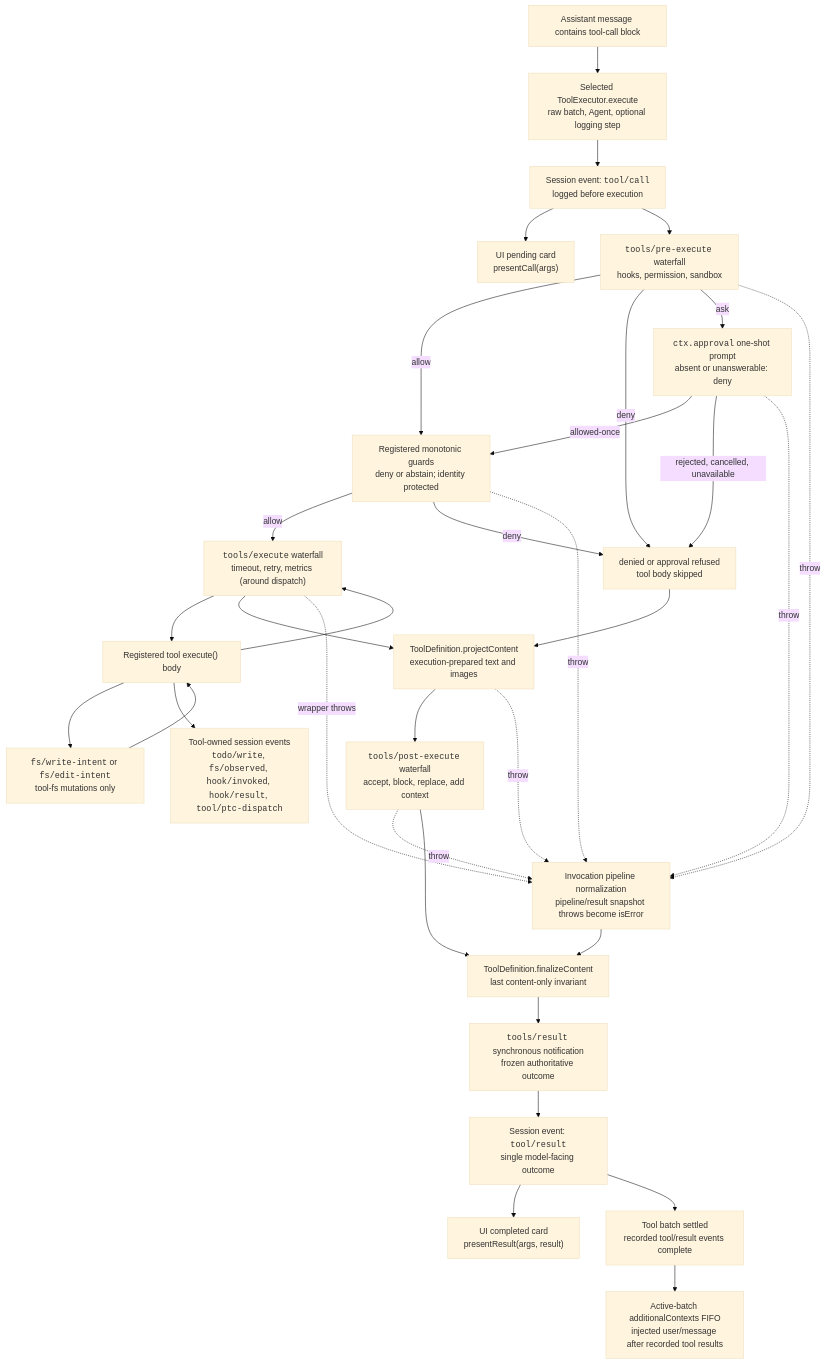
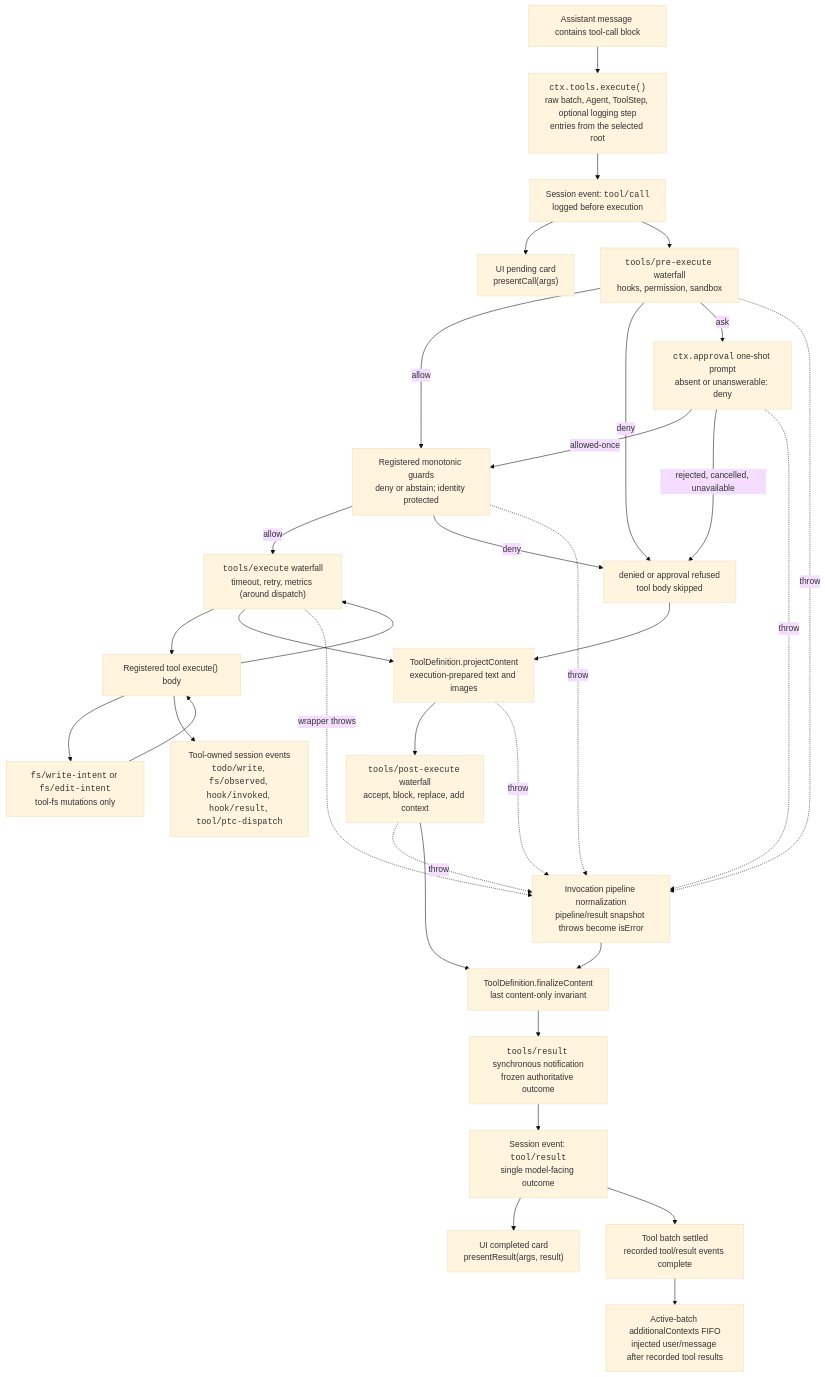
The diagram in docs/tool-execution-pipeline.md (deepseek-ai/deepseek-harness), drawn with Mermaid (base theme) before and after one commit. The commit also changed other lines of this file and 760 other files, not shown here.

````diff
--- a/docs/tool-execution-pipeline.md
+++ b/docs/tool-execution-pipeline.md
@@ -8,55 +8,55 @@
 ```mermaid
 flowchart TD
   model["Assistant message contains tool-call block"]
   toolCall["Session event: <code>tool/call</code><br/>logged before execution"]
   presentCall["UI pending card<br/>presentCall(args)"]
   pre["<code>tools/pre-execute</code> waterfall<br/>hooks, permission, sandbox"]
   guards["Registered monotonic guards<br/>deny or abstain; identity protected"]
   denied["denied or approval refused<br/>tool body skipped"]
   approval["<code>ctx.approval</code> one-shot prompt<br/>absent or unanswerable: deny"]
   around["<code>tools/execute</code> waterfall<br/>timeout, retry, metrics (around dispatch)"]
   toolBody["Registered tool execute() body"]
   fsGate["<code>fs/write-intent</code> or <code>fs/edit-intent</code><br/>tool-fs mutations only"]
   owned["Tool-owned session events<br/><code>todo/write</code>, <code>fs/observed</code>, <code>hook/invoked</code>, <code>hook/result</code>, <code>tool/ptc-dispatch</code>"]
   project["ToolDefinition.projectContent<br/>execution-prepared text and images"]
   post["<code>tools/post-execute</code> waterfall<br/>accept, block, replace, add context"]
   normalized["Invocation pipeline normalization<br/>pipeline/result snapshot throws become isError"]
   finalize["ToolDefinition.finalizeContent<br/>last content-only invariant"]
   final["<code>tools/result</code> synchronous notification<br/>frozen authoritative outcome"]
   context["Active-batch additionalContexts FIFO<br/>injected user/message after recorded tool results"]
   toolResult["Session event: <code>tool/result</code><br/>single model-facing outcome"]
   allResults["Tool batch settled<br/>recorded tool/result events complete"]
   presentResult["UI completed card<br/>presentResult(args, result)"]
-  executor["Selected ToolExecutor.execute<br/>raw batch, Agent, optional logging step"]
+  executor["<code>ctx.tools.execute()</code><br/>raw batch, Agent, ToolStep, optional logging step<br/>entries from the selected root"]
   model --> executor --> toolCall
   toolCall --> presentCall
   toolCall --> pre
   pre -->|allow| guards
   guards -->|allow| around
   guards -->|deny| denied
   guards -.->|throw| normalized
   around --> toolBody
   pre -->|deny| denied
   pre -->|ask| approval
   approval -->|allowed-once| guards
   approval -->|rejected, cancelled, unavailable| denied
   approval -.->|throw| normalized
   denied --> project
   pre -.->|throw| normalized
   toolBody --> fsGate
   fsGate --> toolBody
   toolBody --> owned
   toolBody --> around
   around --> project
   project --> post
   project -.->|throw| normalized
   around -.->|wrapper throws| normalized
   post -.->|throw| normalized
   post --> finalize
   normalized --> finalize
   finalize --> final
   final --> toolResult
   toolResult --> presentResult
   toolResult --> allResults
   allResults --> context
 ```
````
